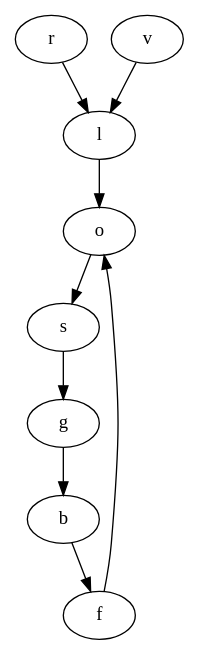
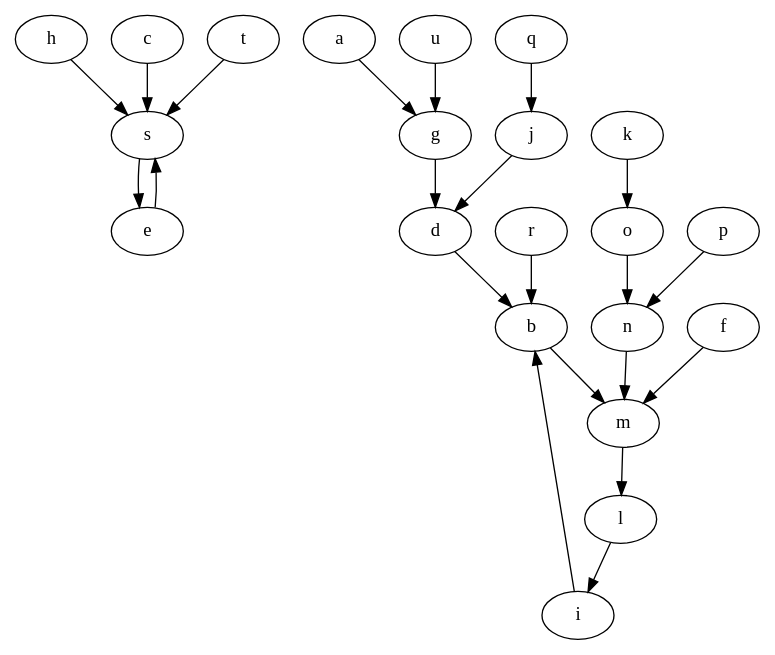
Before and after one commit to ClayDowling/llintersections: the diagram in samples/graphA.gv, drawn with Graphviz. The commit also changed 23 other files, not shown here.

```diff
--- a/samples/graphA.gv
+++ b/samples/graphA.gv
@@ -1,10 +1,23 @@
 digraph intersection {
-  l -> o
-  o -> s
-  r -> l
-  s -> g
-  v -> l
-  b -> f
-  f -> o
-  g -> b
+  h -> s
+  a -> g
+  b -> m
+  n -> m
+  f -> m
+  m -> l
+  q -> j
+  s -> e
+  i -> b
+  c -> s
+  k -> o
+  u -> g
+  r -> b
+  e -> s
+  p -> n
+  d -> b
+  g -> d
+  o -> n
+  l -> i
+  t -> s
+  j -> d
 }
```
